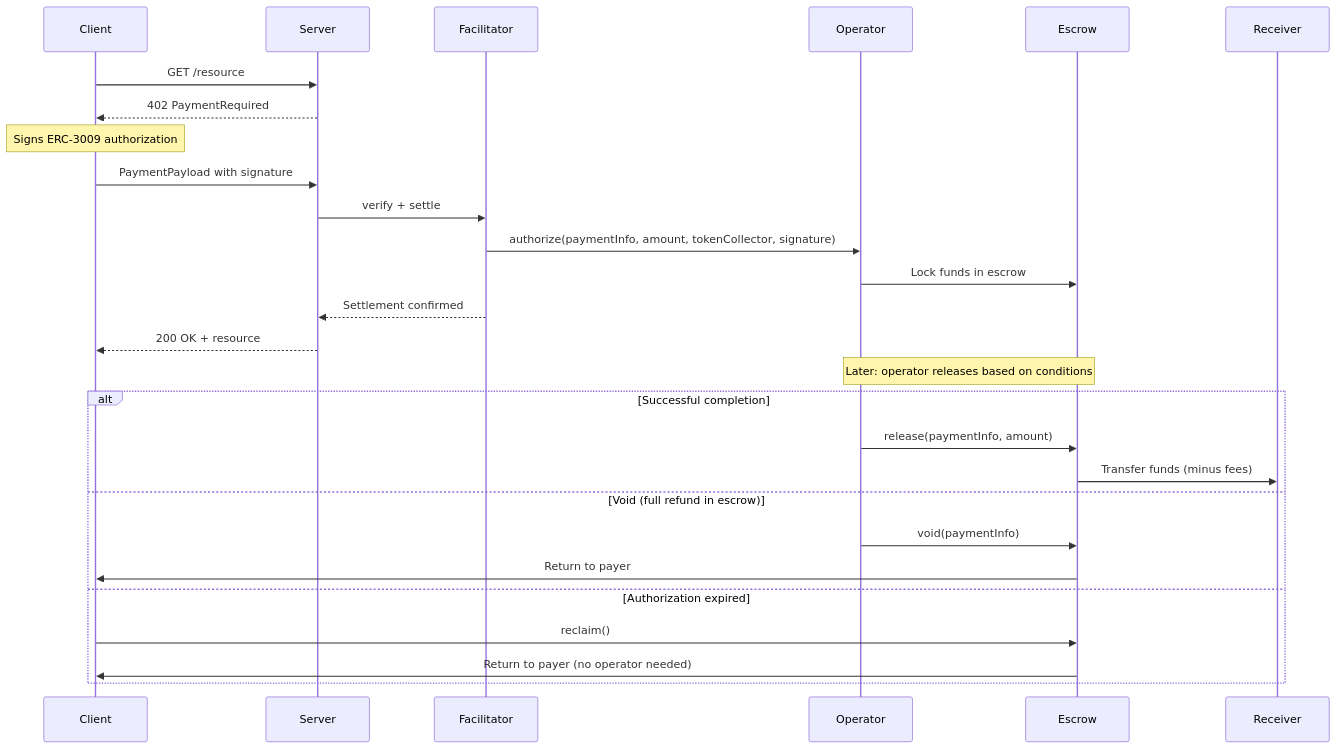
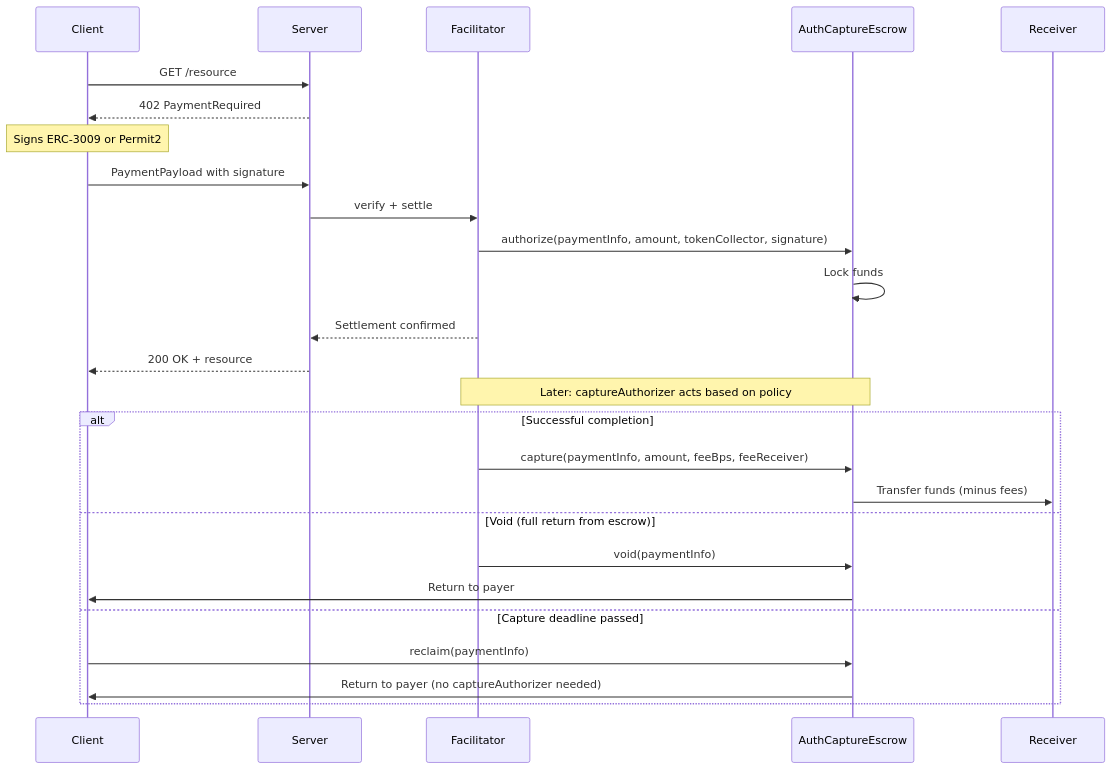
Before and after one commit to BackTrackCo/docs: the second of 2 diagrams in x402-integration/escrow-scheme.mdx, drawn with Mermaid. The commit also changed other lines of this file and 6 other files, not shown here.

First line of the commit message:
docs: align scheme docs with canonical commerce-payments + authCapture

````diff
--- a/x402-integration/escrow-scheme.mdx
+++ b/x402-integration/escrow-scheme.mdx
@@ -93,33 +91,32 @@
 ```mermaid
 sequenceDiagram
     participant Client
     participant Server
     participant Facilitator
-    participant Operator
-    participant Escrow
+    participant Escrow as AuthCaptureEscrow
     participant Receiver
 
     Client->>Server: GET /resource
     Server-->>Client: 402 PaymentRequired
-    Note over Client: Signs ERC-3009 authorization
+    Note over Client: Signs ERC-3009 or Permit2
 
     Client->>Server: PaymentPayload with signature
     Server->>Facilitator: verify + settle
-    Facilitator->>Operator: authorize(paymentInfo, amount, tokenCollector, signature)
-    Operator->>Escrow: Lock funds in escrow
+    Facilitator->>Escrow: authorize(paymentInfo, amount, tokenCollector, signature)
+    Escrow->>Escrow: Lock funds
     Facilitator-->>Server: Settlement confirmed
     Server-->>Client: 200 OK + resource
 
-    Note over Operator,Escrow: Later: operator releases based on conditions
+    Note over Facilitator,Escrow: Later: captureAuthorizer acts based on policy
 
     alt Successful completion
-        Operator->>Escrow: release(paymentInfo, amount)
+        Facilitator->>Escrow: capture(paymentInfo, amount, feeBps, feeReceiver)
         Escrow->>Receiver: Transfer funds (minus fees)
-    else Void (full refund in escrow)
-        Operator->>Escrow: void(paymentInfo)
+    else Void (full return from escrow)
+        Facilitator->>Escrow: void(paymentInfo)
         Escrow->>Client: Return to payer
-    else Authorization expired
-        Client->>Escrow: reclaim()
-        Escrow->>Client: Return to payer (no operator needed)
+    else Capture deadline passed
+        Client->>Escrow: reclaim(paymentInfo)
+        Escrow->>Client: Return to payer (no captureAuthorizer needed)
     end
 ```
````
